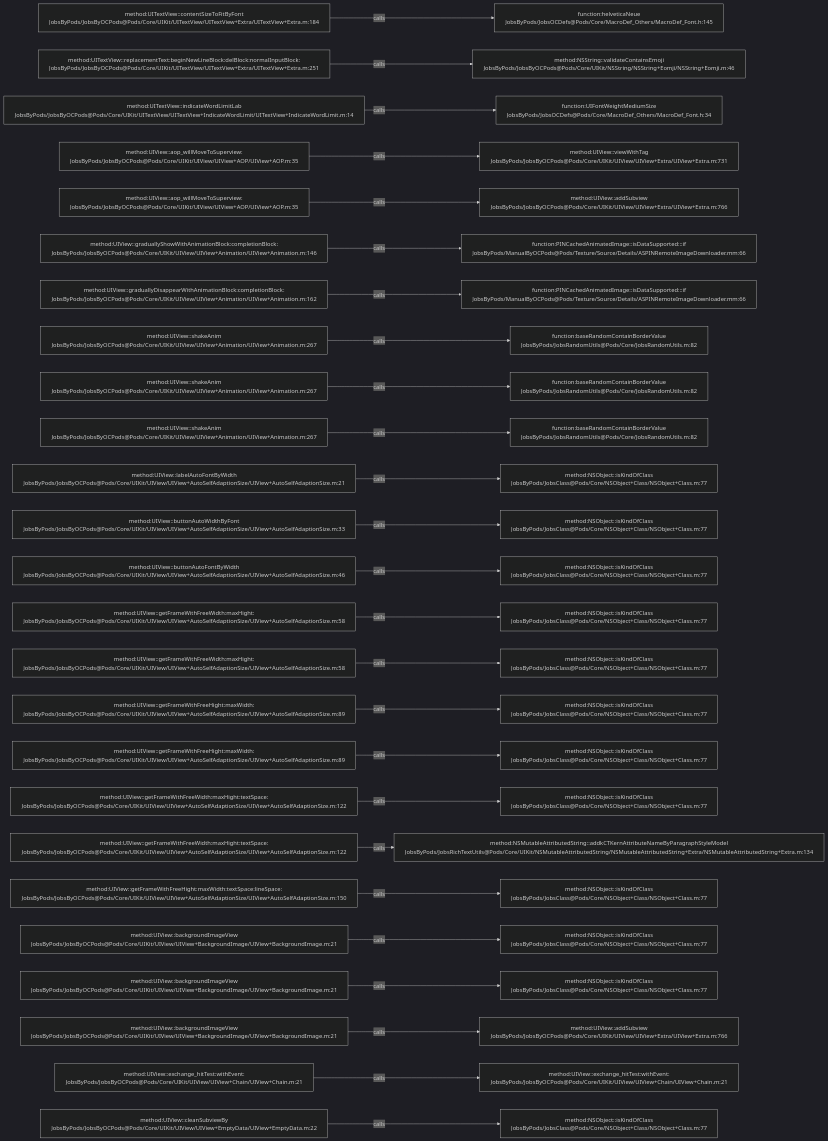
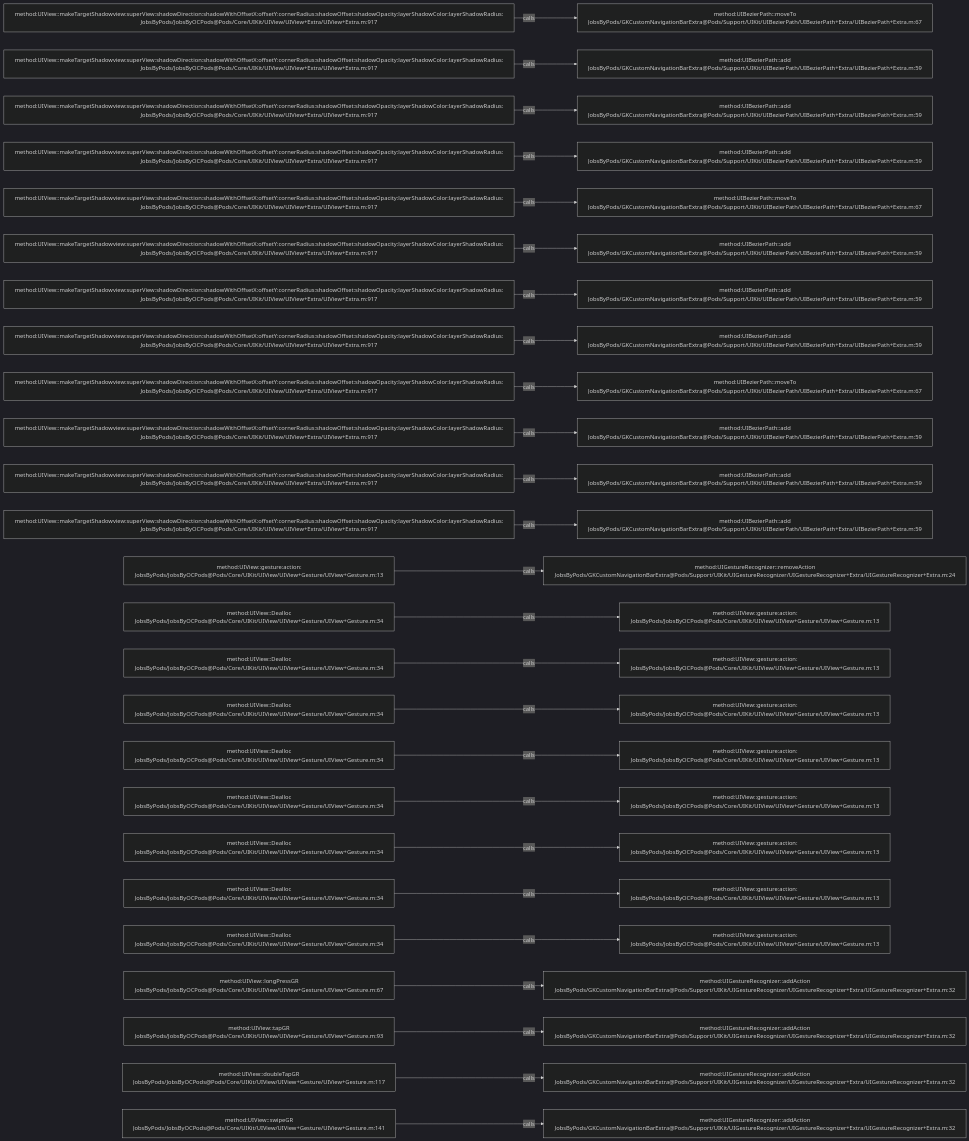
The diagram in .codegraph/codegraph.md/graphs/calls-064.md (JobsKits/JobsOCBaseConfigDemo), drawn with Mermaid (dark theme) before and after one commit. The commit also changed 639 other files, not shown here.

````diff
--- a/.codegraph/codegraph.md/graphs/calls-064.md
+++ b/.codegraph/codegraph.md/graphs/calls-064.md
@@ -13,78 +13,78 @@
 ```mermaid
 flowchart LR
-  S1["method:UITextView::contentSizeToFitByFont<br/>JobsByPods/JobsByOCPods@Pods/Core/UIKit/UITextView/UITextView+Extra/UITextView+Extra.m:184"]
-  T1["function:helveticaNeue<br/>JobsByPods/JobsOCDefs@Pods/Core/MacroDef_Others/MacroDef_Font.h:145"]
+  S1["method:UIView::makeTargetShadowview:superView:shadowDirection:shadowWithOffsetX:offsetY:cornerRadius:shadowOffset:shadowOpacity:layerShadowColor:layerShadowRadius:<br/>JobsByPods/JobsByOCPods@Pods/Core/UIKit/UIView/UIView+Extra/UIView+Extra.m:917"]
+  T1["method:UIBezierPath::moveTo<br/>JobsByPods/GKCustomNavigationBarExtra@Pods/Support/UIKit/UIBezierPath/UIBezierPath+Extra/UIBezierPath+Extra.m:67"]
   S1 -->|calls| T1
-  S2["method:UITextView::replacementText:beginNewLineBlock:delBlock:normalInputBlock:<br/>JobsByPods/JobsByOCPods@Pods/Core/UIKit/UITextView/UITextView+Extra/UITextView+Extra.m:251"]
-  T2["method:NSString::validateContainsEmoji<br/>JobsByPods/JobsByOCPods@Pods/Core/UIKit/NSString/NSString+Eomji/NSString+Eomji.m:46"]
+  S2["method:UIView::makeTargetShadowview:superView:shadowDirection:shadowWithOffsetX:offsetY:cornerRadius:shadowOffset:shadowOpacity:layerShadowColor:layerShadowRadius:<br/>JobsByPods/JobsByOCPods@Pods/Core/UIKit/UIView/UIView+Extra/UIView+Extra.m:917"]
+  T2["method:UIBezierPath::add<br/>JobsByPods/GKCustomNavigationBarExtra@Pods/Support/UIKit/UIBezierPath/UIBezierPath+Extra/UIBezierPath+Extra.m:59"]
   S2 -->|calls| T2
-  S3["method:UITextView::indicateWordLimitLab<br/>JobsByPods/JobsByOCPods@Pods/Core/UIKit/UITextView/UITextView+IndicateWordLimit/UITextView+IndicateWordLimit.m:14"]
-  T3["function:UIFontWeightMediumSize<br/>JobsByPods/JobsOCDefs@Pods/Core/MacroDef_Others/MacroDef_Font.h:34"]
+  S3["method:UIView::makeTargetShadowview:superView:shadowDirection:shadowWithOffsetX:offsetY:cornerRadius:shadowOffset:shadowOpacity:layerShadowColor:layerShadowRadius:<br/>JobsByPods/JobsByOCPods@Pods/Core/UIKit/UIView/UIView+Extra/UIView+Extra.m:917"]
+  T3["method:UIBezierPath::add<br/>JobsByPods/GKCustomNavigationBarExtra@Pods/Support/UIKit/UIBezierPath/UIBezierPath+Extra/UIBezierPath+Extra.m:59"]
   S3 -->|calls| T3
-  S4["method:UIView::aop_willMoveToSuperview:<br/>JobsByPods/JobsByOCPods@Pods/Core/UIKit/UIView/UIView+AOP/UIView+AOP.m:35"]
-  T4["method:UIView::viewWithTag<br/>JobsByPods/JobsByOCPods@Pods/Core/UIKit/UIView/UIView+Extra/UIView+Extra.m:731"]
+  S4["method:UIView::makeTargetShadowview:superView:shadowDirection:shadowWithOffsetX:offsetY:cornerRadius:shadowOffset:shadowOpacity:layerShadowColor:layerShadowRadius:<br/>JobsByPods/JobsByOCPods@Pods/Core/UIKit/UIView/UIView+Extra/UIView+Extra.m:917"]
+  T4["method:UIBezierPath::add<br/>JobsByPods/GKCustomNavigationBarExtra@Pods/Support/UIKit/UIBezierPath/UIBezierPath+Extra/UIBezierPath+Extra.m:59"]
   S4 -->|calls| T4
-  S5["method:UIView::aop_willMoveToSuperview:<br/>JobsByPods/JobsByOCPods@Pods/Core/UIKit/UIView/UIView+AOP/UIView+AOP.m:35"]
-  T5["method:UIView::addSubview<br/>JobsByPods/JobsByOCPods@Pods/Core/UIKit/UIView/UIView+Extra/UIView+Extra.m:766"]
+  S5["method:UIView::makeTargetShadowview:superView:shadowDirection:shadowWithOffsetX:offsetY:cornerRadius:shadowOffset:shadowOpacity:layerShadowColor:layerShadowRadius:<br/>JobsByPods/JobsByOCPods@Pods/Core/UIKit/UIView/UIView+Extra/UIView+Extra.m:917"]
+  T5["method:UIBezierPath::moveTo<br/>JobsByPods/GKCustomNavigationBarExtra@Pods/Support/UIKit/UIBezierPath/UIBezierPath+Extra/UIBezierPath+Extra.m:67"]
   S5 -->|calls| T5
-  S6["method:UIView::graduallyShowWithAnimationBlock:completionBlock:<br/>JobsByPods/JobsByOCPods@Pods/Core/UIKit/UIView/UIView+Animation/UIView+Animation.m:146"]
-  T6["function:PINCachedAnimatedImage::isDataSupported:::if<br/>JobsByPods/ManualByOCPods@Pods/Texture/Source/Details/ASPINRemoteImageDownloader.mm:66"]
+  S6["method:UIView::makeTargetShadowview:superView:shadowDirection:shadowWithOffsetX:offsetY:cornerRadius:shadowOffset:shadowOpacity:layerShadowColor:layerShadowRadius:<br/>JobsByPods/JobsByOCPods@Pods/Core/UIKit/UIView/UIView+Extra/UIView+Extra.m:917"]
+  T6["method:UIBezierPath::add<br/>JobsByPods/GKCustomNavigationBarExtra@Pods/Support/UIKit/UIBezierPath/UIBezierPath+Extra/UIBezierPath+Extra.m:59"]
   S6 -->|calls| T6
-  S7["method:UIView::graduallyDisappearWithAnimationBlock:completionBlock:<br/>JobsByPods/JobsByOCPods@Pods/Core/UIKit/UIView/UIView+Animation/UIView+Animation.m:162"]
-  T7["function:PINCachedAnimatedImage::isDataSupported:::if<br/>JobsByPods/ManualByOCPods@Pods/Texture/Source/Details/ASPINRemoteImageDownloader.mm:66"]
+  S7["method:UIView::makeTargetShadowview:superView:shadowDirection:shadowWithOffsetX:offsetY:cornerRadius:shadowOffset:shadowOpacity:layerShadowColor:layerShadowRadius:<br/>JobsByPods/JobsByOCPods@Pods/Core/UIKit/UIView/UIView+Extra/UIView+Extra.m:917"]
+  T7["method:UIBezierPath::add<br/>JobsByPods/GKCustomNavigationBarExtra@Pods/Support/UIKit/UIBezierPath/UIBezierPath+Extra/UIBezierPath+Extra.m:59"]
   S7 -->|calls| T7
-  S8["method:UIView::shakeAnim<br/>JobsByPods/JobsByOCPods@Pods/Core/UIKit/UIView/UIView+Animation/UIView+Animation.m:267"]
-  T8["function:baseRandomContainBorderValue<br/>JobsByPods/JobsRandomUtils@Pods/Core/JobsRandomUtils.m:82"]
+  S8["method:UIView::makeTargetShadowview:superView:shadowDirection:shadowWithOffsetX:offsetY:cornerRadius:shadowOffset:shadowOpacity:layerShadowColor:layerShadowRadius:<br/>JobsByPods/JobsByOCPods@Pods/Core/UIKit/UIView/UIView+Extra/UIView+Extra.m:917"]
+  T8["method:UIBezierPath::add<br/>JobsByPods/GKCustomNavigationBarExtra@Pods/Support/UIKit/UIBezierPath/UIBezierPath+Extra/UIBezierPath+Extra.m:59"]
   S8 -->|calls| T8
-  S9["method:UIView::shakeAnim<br/>JobsByPods/JobsByOCPods@Pods/Core/UIKit/UIView/UIView+Animation/UIView+Animation.m:267"]
-  T9["function:baseRandomContainBorderValue<br/>JobsByPods/JobsRandomUtils@Pods/Core/JobsRandomUtils.m:82"]
+  S9["method:UIView::makeTargetShadowview:superView:shadowDirection:shadowWithOffsetX:offsetY:cornerRadius:shadowOffset:shadowOpacity:layerShadowColor:layerShadowRadius:<br/>JobsByPods/JobsByOCPods@Pods/Core/UIKit/UIView/UIView+Extra/UIView+Extra.m:917"]
+  T9["method:UIBezierPath::moveTo<br/>JobsByPods/GKCustomNavigationBarExtra@Pods/Support/UIKit/UIBezierPath/UIBezierPath+Extra/UIBezierPath+Extra.m:67"]
   S9 -->|calls| T9
-  S10["method:UIView::shakeAnim<br/>JobsByPods/JobsByOCPods@Pods/Core/UIKit/UIView/UIView+Animation/UIView+Animation.m:267"]
-  T10["function:baseRandomContainBorderValue<br/>JobsByPods/JobsRandomUtils@Pods/Core/JobsRandomUtils.m:82"]
+  S10["method:UIView::makeTargetShadowview:superView:shadowDirection:shadowWithOffsetX:offsetY:cornerRadius:shadowOffset:shadowOpacity:layerShadowColor:layerShadowRadius:<br/>JobsByPods/JobsByOCPods@Pods/Core/UIKit/UIView/UIView+Extra/UIView+Extra.m:917"]
+  T10["method:UIBezierPath::add<br/>JobsByPods/GKCustomNavigationBarExtra@Pods/Support/UIKit/UIBezierPath/UIBezierPath+Extra/UIBezierPath+Extra.m:59"]
   S10 -->|calls| T10
-  S11["method:UIView::labelAutoFontByWidth<br/>JobsByPods/JobsByOCPods@Pods/Core/UIKit/UIView/UIView+AutoSelfAdaptionSize/UIView+AutoSelfAdaptionSize.m:21"]
-  T11["method:NSObject::isKindOfClass<br/>JobsByPods/JobsClass@Pods/Core/NSObject+Class/NSObject+Class.m:77"]
+  S11["method:UIView::makeTargetShadowview:superView:shadowDirection:shadowWithOffsetX:offsetY:cornerRadius:shadowOffset:shadowOpacity:layerShadowColor:layerShadowRadius:<br/>JobsByPods/JobsByOCPods@Pods/Core/UIKit/UIView/UIView+Extra/UIView+Extra.m:917"]
+  T11["method:UIBezierPath::add<br/>JobsByPods/GKCustomNavigationBarExtra@Pods/Support/UIKit/UIBezierPath/UIBezierPath+Extra/UIBezierPath+Extra.m:59"]
   S11 -->|calls| T11
-  S12["method:UIView::buttonAutoWidthByFont<br/>JobsByPods/JobsByOCPods@Pods/Core/UIKit/UIView/UIView+AutoSelfAdaptionSize/UIView+AutoSelfAdaptionSize.m:33"]
-  T12["method:NSObject::isKindOfClass<br/>JobsByPods/JobsClass@Pods/Core/NSObject+Class/NSObject+Class.m:77"]
+  S12["method:UIView::makeTargetShadowview:superView:shadowDirection:shadowWithOffsetX:offsetY:cornerRadius:shadowOffset:shadowOpacity:layerShadowColor:layerShadowRadius:<br/>JobsByPods/JobsByOCPods@Pods/Core/UIKit/UIView/UIView+Extra/UIView+Extra.m:917"]
+  T12["method:UIBezierPath::add<br/>JobsByPods/GKCustomNavigationBarExtra@Pods/Support/UIKit/UIBezierPath/UIBezierPath+Extra/UIBezierPath+Extra.m:59"]
   S12 -->|calls| T12
-  S13["method:UIView::buttonAutoFontByWidth<br/>JobsByPods/JobsByOCPods@Pods/Core/UIKit/UIView/UIView+AutoSelfAdaptionSize/UIView+AutoSelfAdaptionSize.m:46"]
-  T13["method:NSObject::isKindOfClass<br/>JobsByPods/JobsClass@Pods/Core/NSObject+Class/NSObject+Class.m:77"]
+  S13["method:UIView::gesture:action:<br/>JobsByPods/JobsByOCPods@Pods/Core/UIKit/UIView/UIView+Gesture/UIView+Gesture.m:13"]
+  T13["method:UIGestureRecognizer::removeAction<br/>JobsByPods/GKCustomNavigationBarExtra@Pods/Support/UIKit/UIGestureRecognizer/UIGestureRecognizer+Extra/UIGestureRecognizer+Extra.m:24"]
   S13 -->|calls| T13
-  S14["method:UIView::getFrameWithFreeWidth:maxHight:<br/>JobsByPods/JobsByOCPods@Pods/Core/UIKit/UIView/UIView+AutoSelfAdaptionSize/UIView+AutoSelfAdaptionSize.m:58"]
-  T14["method:NSObject::isKindOfClass<br/>JobsByPods/JobsClass@Pods/Core/NSObject+Class/NSObject+Class.m:77"]
+  S14["method:UIView::Dealloc<br/>JobsByPods/JobsByOCPods@Pods/Core/UIKit/UIView/UIView+Gesture/UIView+Gesture.m:34"]
+  T14["method:UIView::gesture:action:<br/>JobsByPods/JobsByOCPods@Pods/Core/UIKit/UIView/UIView+Gesture/UIView+Gesture.m:13"]
   S14 -->|calls| T14
-  S15["method:UIView::getFrameWithFreeWidth:maxHight:<br/>JobsByPods/JobsByOCPods@Pods/Core/UIKit/UIView/UIView+AutoSelfAdaptionSize/UIView+AutoSelfAdaptionSize.m:58"]
-  T15["method:NSObject::isKindOfClass<br/>JobsByPods/JobsClass@Pods/Core/NSObject+Class/NSObject+Class.m:77"]
+  S15["method:UIView::Dealloc<br/>JobsByPods/JobsByOCPods@Pods/Core/UIKit/UIView/UIView+Gesture/UIView+Gesture.m:34"]
+  T15["method:UIView::gesture:action:<br/>JobsByPods/JobsByOCPods@Pods/Core/UIKit/UIView/UIView+Gesture/UIView+Gesture.m:13"]
   S15 -->|calls| T15
-  S16["method:UIView::getFrameWithFreeHight:maxWidth:<br/>JobsByPods/JobsByOCPods@Pods/Core/UIKit/UIView/UIView+AutoSelfAdaptionSize/UIView+AutoSelfAdaptionSize.m:89"]
-  T16["method:NSObject::isKindOfClass<br/>JobsByPods/JobsClass@Pods/Core/NSObject+Class/NSObject+Class.m:77"]
+  S16["method:UIView::Dealloc<br/>JobsByPods/JobsByOCPods@Pods/Core/UIKit/UIView/UIView+Gesture/UIView+Gesture.m:34"]
+  T16["method:UIView::gesture:action:<br/>JobsByPods/JobsByOCPods@Pods/Core/UIKit/UIView/UIView+Gesture/UIView+Gesture.m:13"]
   S16 -->|calls| T16
-  S17["method:UIView::getFrameWithFreeHight:maxWidth:<br/>JobsByPods/JobsByOCPods@Pods/Core/UIKit/UIView/UIView+AutoSelfAdaptionSize/UIView+AutoSelfAdaptionSize.m:89"]
-  T17["method:NSObject::isKindOfClass<br/>JobsByPods/JobsClass@Pods/Core/NSObject+Class/NSObject+Class.m:77"]
+  S17["method:UIView::Dealloc<br/>JobsByPods/JobsByOCPods@Pods/Core/UIKit/UIView/UIView+Gesture/UIView+Gesture.m:34"]
+  T17["method:UIView::gesture:action:<br/>JobsByPods/JobsByOCPods@Pods/Core/UIKit/UIView/UIView+Gesture/UIView+Gesture.m:13"]
   S17 -->|calls| T17
-  S18["method:UIView::getFrameWithFreeWidth:maxHight:textSpace:<br/>JobsByPods/JobsByOCPods@Pods/Core/UIKit/UIView/UIView+AutoSelfAdaptionSize/UIView+AutoSelfAdaptionSize.m:122"]
-  T18["method:NSObject::isKindOfClass<br/>JobsByPods/JobsClass@Pods/Core/NSObject+Class/NSObject+Class.m:77"]
+  S18["method:UIView::Dealloc<br/>JobsByPods/JobsByOCPods@Pods/Core/UIKit/UIView/UIView+Gesture/UIView+Gesture.m:34"]
+  T18["method:UIView::gesture:action:<br/>JobsByPods/JobsByOCPods@Pods/Core/UIKit/UIView/UIView+Gesture/UIView+Gesture.m:13"]
   S18 -->|calls| T18
-  S19["method:UIView::getFrameWithFreeWidth:maxHight:textSpace:<br/>JobsByPods/JobsByOCPods@Pods/Core/UIKit/UIView/UIView+AutoSelfAdaptionSize/UIView+AutoSelfAdaptionSize.m:122"]
-  T19["method:NSMutableAttributedString::addkCTKernAttributeNameByParagraphStyleModel<br/>JobsByPods/JobsRichTextUtils@Pods/Core/UIKit/NSMutableAttributedString/NSMutableAttributedString+Extra/NSMutableAttributedString+Extra.m:134"]
+  S19["method:UIView::Dealloc<br/>JobsByPods/JobsByOCPods@Pods/Core/UIKit/UIView/UIView+Gesture/UIView+Gesture.m:34"]
+  T19["method:UIView::gesture:action:<br/>JobsByPods/JobsByOCPods@Pods/Core/UIKit/UIView/UIView+Gesture/UIView+Gesture.m:13"]
   S19 -->|calls| T19
-  S20["method:UIView::getFrameWithFreeHight:maxWidth:textSpace:lineSpace:<br/>JobsByPods/JobsByOCPods@Pods/Core/UIKit/UIView/UIView+AutoSelfAdaptionSize/UIView+AutoSelfAdaptionSize.m:150"]
-  T20["method:NSObject::isKindOfClass<br/>JobsByPods/JobsClass@Pods/Core/NSObject+Class/NSObject+Class.m:77"]
+  S20["method:UIView::Dealloc<br/>JobsByPods/JobsByOCPods@Pods/Core/UIKit/UIView/UIView+Gesture/UIView+Gesture.m:34"]
+  T20["method:UIView::gesture:action:<br/>JobsByPods/JobsByOCPods@Pods/Core/UIKit/UIView/UIView+Gesture/UIView+Gesture.m:13"]
   S20 -->|calls| T20
-  S21["method:UIView::backgroundImageView<br/>JobsByPods/JobsByOCPods@Pods/Core/UIKit/UIView/UIView+BackgroundImage/UIView+BackgroundImage.m:21"]
-  T21["method:NSObject::isKindOfClass<br/>JobsByPods/JobsClass@Pods/Core/NSObject+Class/NSObject+Class.m:77"]
+  S21["method:UIView::Dealloc<br/>JobsByPods/JobsByOCPods@Pods/Core/UIKit/UIView/UIView+Gesture/UIView+Gesture.m:34"]
+  T21["method:UIView::gesture:action:<br/>JobsByPods/JobsByOCPods@Pods/Core/UIKit/UIView/UIView+Gesture/UIView+Gesture.m:13"]
   S21 -->|calls| T21
-  S22["method:UIView::backgroundImageView<br/>JobsByPods/JobsByOCPods@Pods/Core/UIKit/UIView/UIView+BackgroundImage/UIView+BackgroundImage.m:21"]
-  T22["method:NSObject::isKindOfClass<br/>JobsByPods/JobsClass@Pods/Core/NSObject+Class/NSObject+Class.m:77"]
+  S22["method:UIView::longPressGR<br/>JobsByPods/JobsByOCPods@Pods/Core/UIKit/UIView/UIView+Gesture/UIView+Gesture.m:67"]
+  T22["method:UIGestureRecognizer::addAction<br/>JobsByPods/GKCustomNavigationBarExtra@Pods/Support/UIKit/UIGestureRecognizer/UIGestureRecognizer+Extra/UIGestureRecognizer+Extra.m:32"]
   S22 -->|calls| T22
-  S23["method:UIView::backgroundImageView<br/>JobsByPods/JobsByOCPods@Pods/Core/UIKit/UIView/UIView+BackgroundImage/UIView+BackgroundImage.m:21"]
-  T23["method:UIView::addSubview<br/>JobsByPods/JobsByOCPods@Pods/Core/UIKit/UIView/UIView+Extra/UIView+Extra.m:766"]
+  S23["method:UIView::tapGR<br/>JobsByPods/JobsByOCPods@Pods/Core/UIKit/UIView/UIView+Gesture/UIView+Gesture.m:93"]
+  T23["method:UIGestureRecognizer::addAction<br/>JobsByPods/GKCustomNavigationBarExtra@Pods/Support/UIKit/UIGestureRecognizer/UIGestureRecognizer+Extra/UIGestureRecognizer+Extra.m:32"]
   S23 -->|calls| T23
-  S24["method:UIView::exchange_hitTest:withEvent:<br/>JobsByPods/JobsByOCPods@Pods/Core/UIKit/UIView/UIView+Chain/UIView+Chain.m:21"]
-  T24["method:UIView::exchange_hitTest:withEvent:<br/>JobsByPods/JobsByOCPods@Pods/Core/UIKit/UIView/UIView+Chain/UIView+Chain.m:21"]
+  S24["method:UIView::doubleTapGR<br/>JobsByPods/JobsByOCPods@Pods/Core/UIKit/UIView/UIView+Gesture/UIView+Gesture.m:117"]
+  T24["method:UIGestureRecognizer::addAction<br/>JobsByPods/GKCustomNavigationBarExtra@Pods/Support/UIKit/UIGestureRecognizer/UIGestureRecognizer+Extra/UIGestureRecognizer+Extra.m:32"]
   S24 -->|calls| T24
-  S25["method:UIView::cleanSubviewBy<br/>JobsByPods/JobsByOCPods@Pods/Core/UIKit/UIView/UIView+EmptyData/UIView+EmptyData.m:22"]
-  T25["method:NSObject::isKindOfClass<br/>JobsByPods/JobsClass@Pods/Core/NSObject+Class/NSObject+Class.m:77"]
+  S25["method:UIView::swipeGR<br/>JobsByPods/JobsByOCPods@Pods/Core/UIKit/UIView/UIView+Gesture/UIView+Gesture.m:141"]
+  T25["method:UIGestureRecognizer::addAction<br/>JobsByPods/GKCustomNavigationBarExtra@Pods/Support/UIKit/UIGestureRecognizer/UIGestureRecognizer+Extra/UIGestureRecognizer+Extra.m:32"]
   S25 -->|calls| T25
 ```
````
